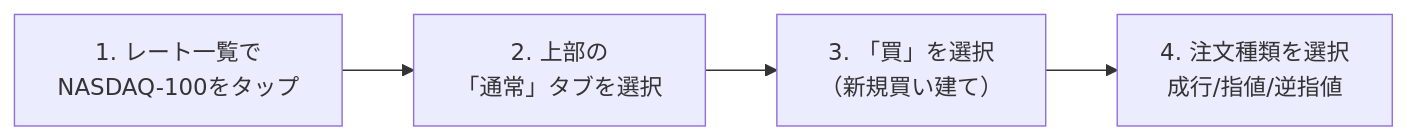
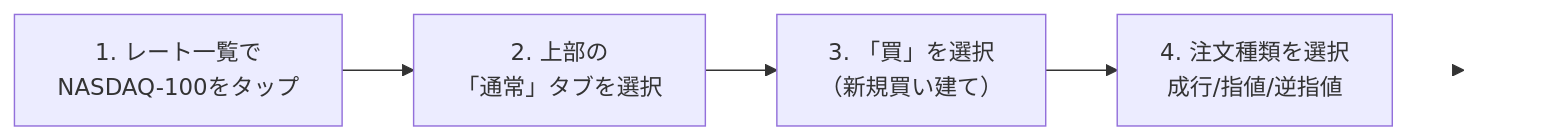
One commit to KazuyaMurayama/NASDAQ_backtest changed the third of 6 diagrams in SBI_KABU365_NASDAQ_GUIDE_20260624.md. Above: the diagram before and after it, drawn with Mermaid. The commit also changed other lines of this file and 1 other file, not shown here.

First line of the commit message:
fix(guide): Mermaid右上ズームUIの文字被りを透明スペーサーで回避＋可視化ルールに恒久対策を明文化

````diff
--- a/SBI_KABU365_NASDAQ_GUIDE_20260624.md
+++ b/SBI_KABU365_NASDAQ_GUIDE_20260624.md
@@ -185,4 +193,7 @@
 ```mermaid
 flowchart LR
     S1["1. レート一覧で<br/>NASDAQ-100をタップ"] --> S2["2. 上部の<br/>「通常」タブを選択"] --> S3["3. 「買」を選択<br/>（新規買い建て）"] --> S4["4. 注文種類を選択<br/>成行/指値/逆指値"]
+    S4 --> Z["　　　　　　　　"]
+    linkStyle 3 stroke-width:0px
+    style Z fill:transparent,stroke:transparent,color:transparent
 ```
````
